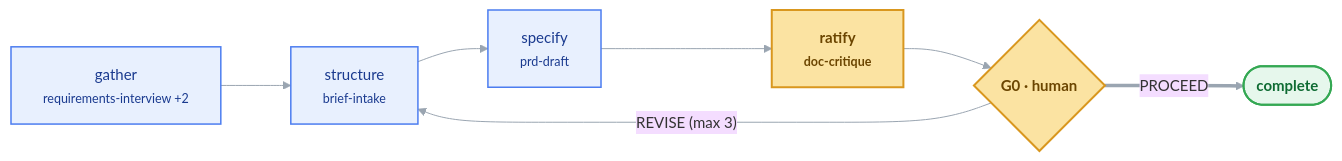
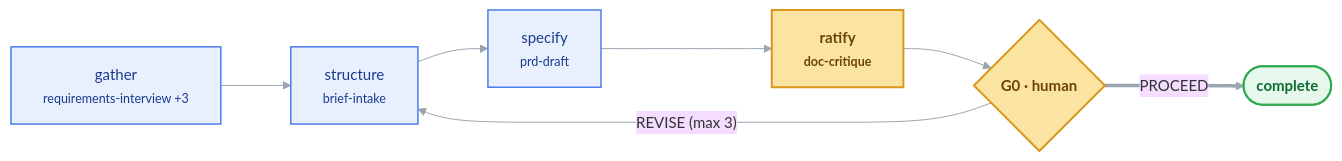
Before and after one commit to sananthanarayan/skilldrop: the diagram in docs/loops/discover.mmd, drawn with Mermaid. The commit also changed 298 other files, not shown here.

```diff
--- a/docs/loops/discover.mmd
+++ b/docs/loops/discover.mmd
@@ -1,21 +1,21 @@
 %%{init: {'theme':'base','themeVariables':{'fontFamily':'Segoe UI, Helvetica, Arial','fontSize':'15px','lineColor':'#9AA5B1'},'flowchart':{'curve':'basis','rankSpacing':70,'nodeSpacing':50,'padding':16}}}%%
 flowchart LR
     classDef gen    fill:#E8F0FE,stroke:#4C7DF0,stroke-width:1.5px,color:#1A3A8F;
     classDef review fill:#FDEAEA,stroke:#E05B5B,stroke-width:1.5px,color:#8A1F1F;
     classDef gate   fill:#FBE3A2,stroke:#D9971E,stroke-width:2px,color:#6B4500,font-weight:bold;
     classDef ship   fill:#E6F7EC,stroke:#34A853,stroke-width:2px,color:#0F6B33,font-weight:bold;
 
-    gather["gather<br/><small>requirements-interview +2</small>"]:::gen
+    gather["gather<br/><small>requirements-interview +3</small>"]:::gen
     structure["structure<br/><small>brief-intake</small>"]:::gen
     specify["specify<br/><small>prd-draft</small>"]:::gen
     ratify["ratify<br/><small>doc-critique</small>"]:::gate
     G0{"G0 · human"}:::gate
     DONE(["complete"]):::ship
 
     gather --> structure
     structure --> specify
     specify --> ratify
     ratify --> G0
     G0 == "PROCEED" ==> DONE
 
     G0 -- "REVISE (max 3)" --> structure
```
